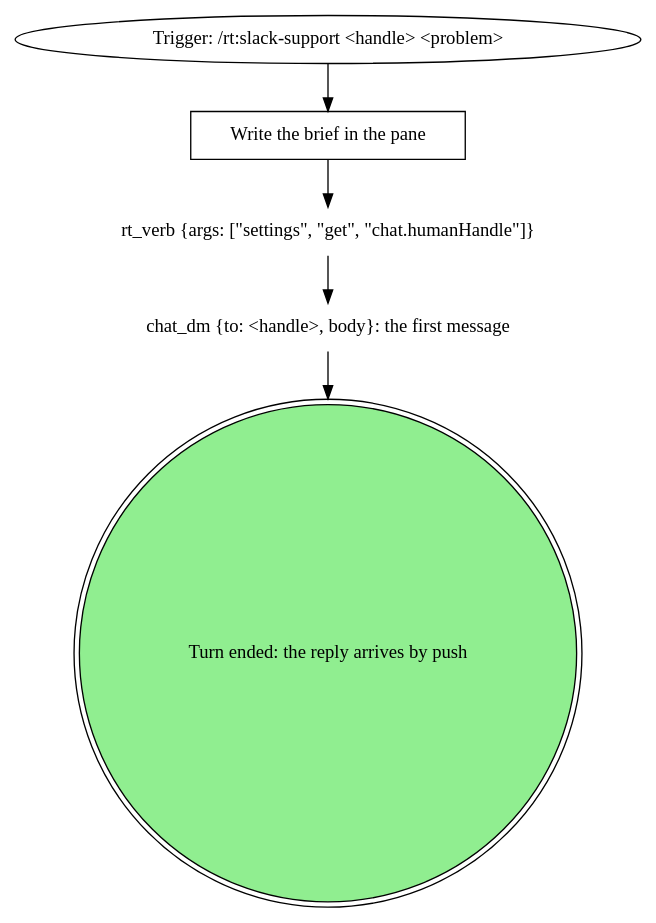
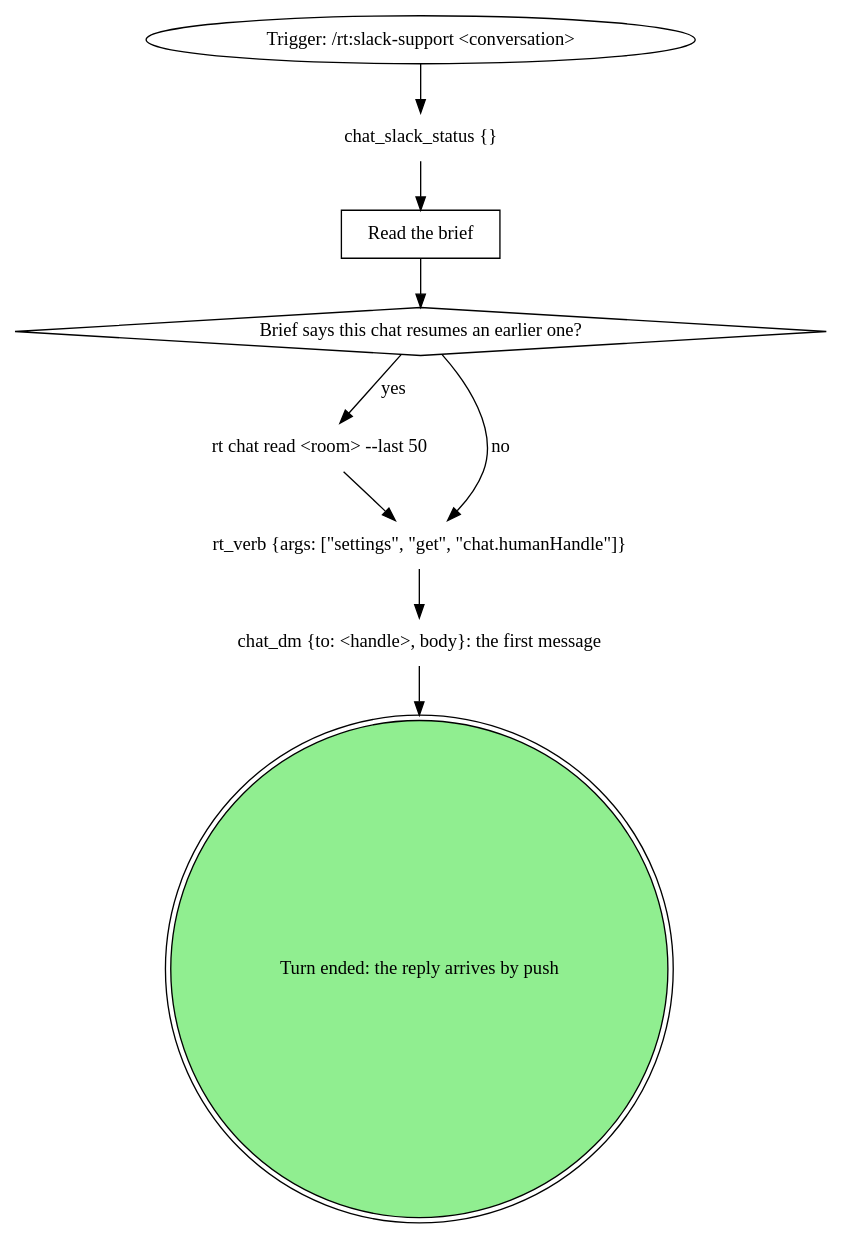
One commit to m4ttstack/mattstack changed the first of 2 diagrams in skills/rt-slack-support/SKILL.md. Above: the diagram before and after it, drawn with Graphviz. The commit also changed other lines of this file and 148 other files, not shown here.

First line of the commit message:
slack support: requests from any pane, resume, SUPPORT tickets, Maude persona

````diff
--- a/skills/rt-slack-support/SKILL.md
+++ b/skills/rt-slack-support/SKILL.md
@@ -53,16 +56,23 @@
 ```dot
 digraph slack_support_open {
     rankdir=TB;
 
-    trigger [label="Trigger: /rt:slack-support <handle> <problem>" shape=ellipse];
-    write_brief [label="Write the brief in the pane" shape=box];
+    trigger [label="Trigger: /rt:slack-support <conversation>" shape=ellipse];
+    chat_slack_status [label="chat_slack_status {}" shape=plaintext];
+    read_brief [label="Read the brief" shape=box];
+    resumes_earlier [label="Brief says this chat resumes an earlier one?" shape=diamond];
+    rt_chat_read [label="rt chat read <room> --last 50" shape=plaintext];
     rt_verb_handle [label="rt_verb {args: [\"settings\", \"get\", \"chat.humanHandle\"]}" shape=plaintext];
     chat_dm_first [label="chat_dm {to: <handle>, body}: the first message" shape=plaintext];
     waiting_first [label="Turn ended: the reply arrives by push" shape=doublecircle style=filled fillcolor=lightgreen];
 
-    trigger -> write_brief;
-    write_brief -> rt_verb_handle;
+    trigger -> chat_slack_status;
+    chat_slack_status -> read_brief;
+    read_brief -> resumes_earlier;
+    resumes_earlier -> rt_chat_read [label="yes"];
+    resumes_earlier -> rt_verb_handle [label="no"];
+    rt_chat_read -> rt_verb_handle;
     rt_verb_handle -> chat_dm_first;
     chat_dm_first -> waiting_first;
 }
 ```
````
